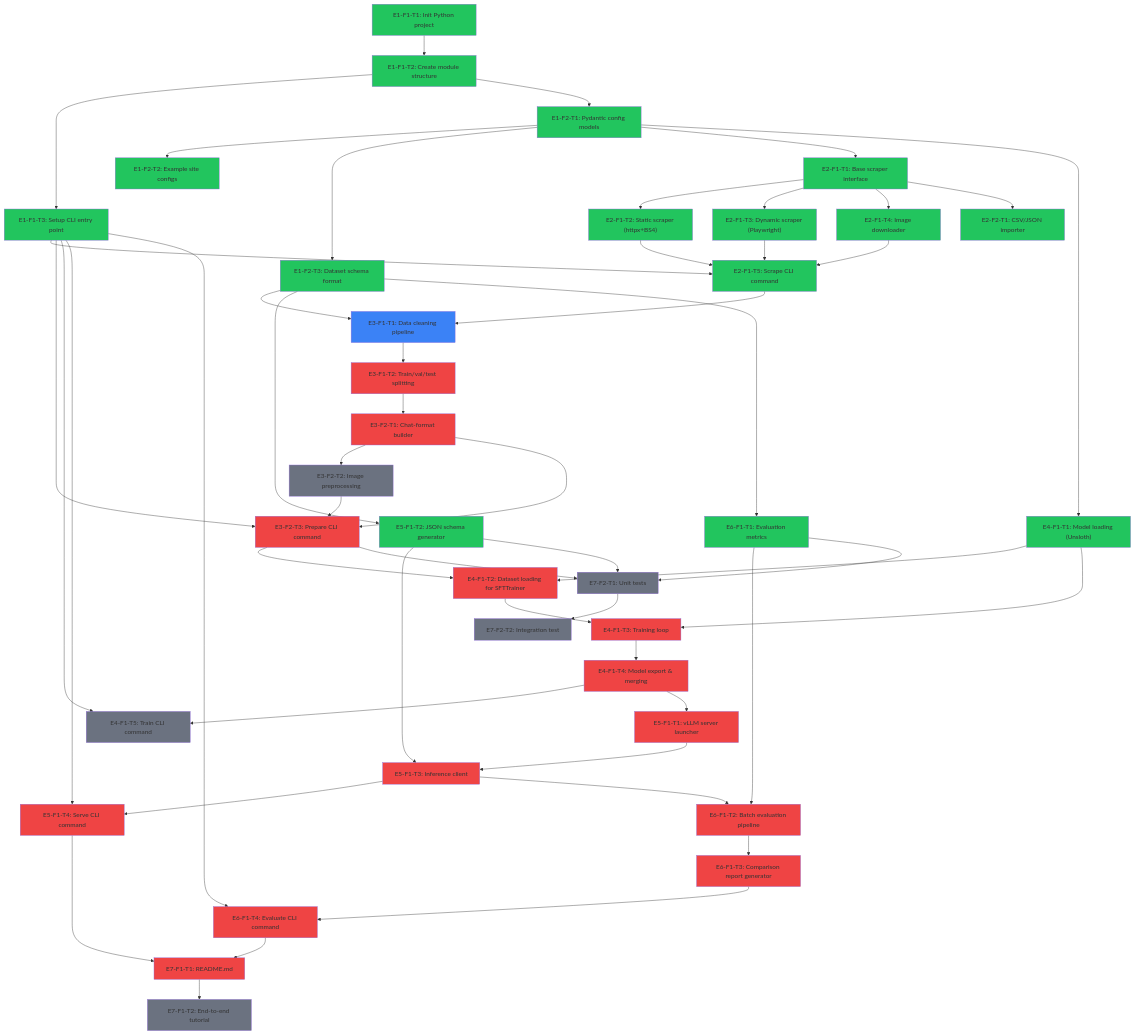
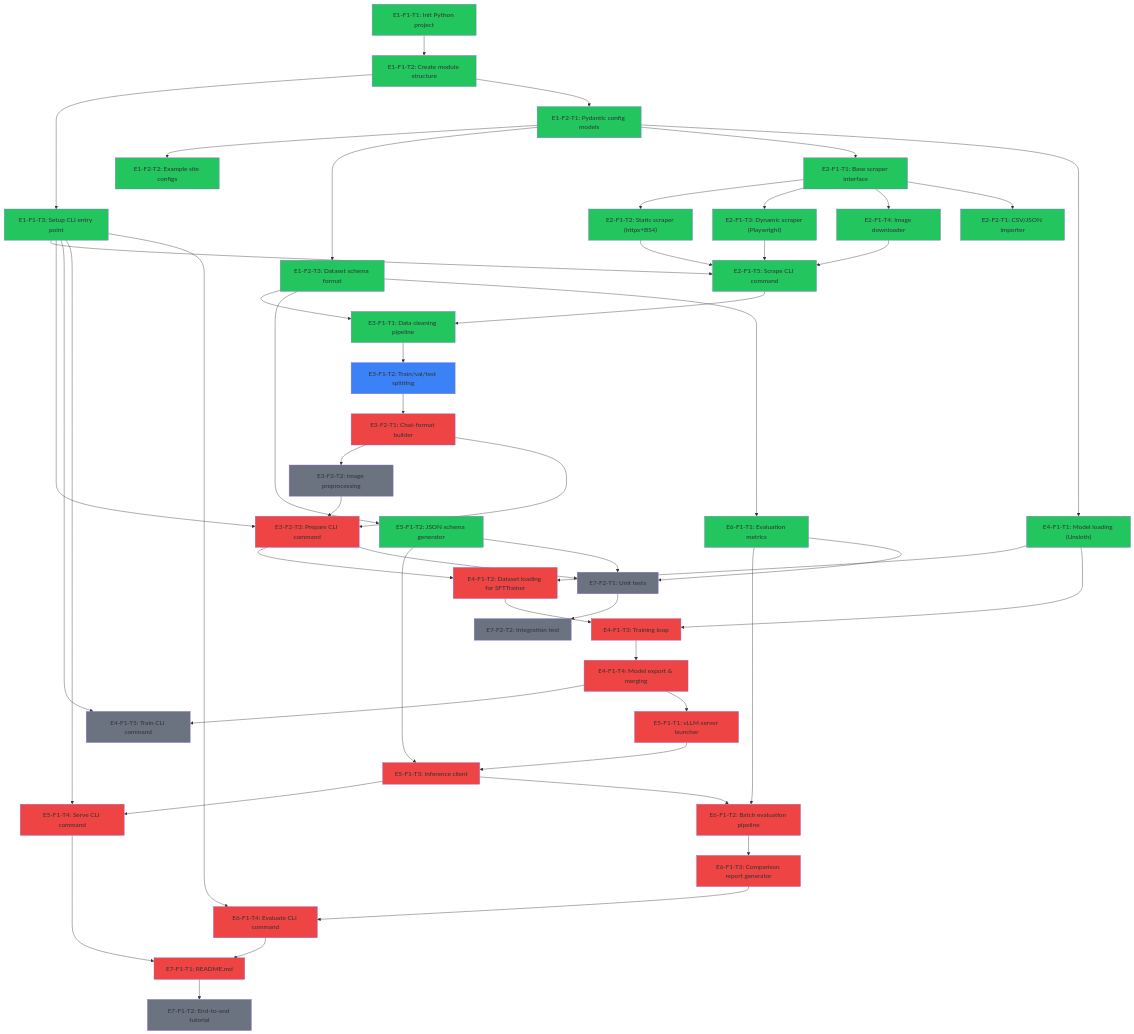
Before and after one commit to Vutiot/ArticleTagging: the diagram in ROADMAP.md, drawn with Mermaid. The commit also changed other lines of this file and 1 other file, not shown here.

Commit message:
E3-F1-T1: Implement data cleaning pipeline
- Normalize text (HTML entities, whitespace collapsing)
- Validate attributes against schema (required fields, enum values)
- Deduplicate by title+attributes hash
- Optionally filter rows missing images
- CleaningStats dataclass with per-reason drop counts
- load_raw_jsonl() helper for JSONL ingestion

```diff
--- a/ROADMAP.md
+++ b/ROADMAP.md
@@ -133,11 +133,12 @@
 
   style E2F1T5 fill:#22c55e
 
+  style E3F1T1 fill:#22c55e
+
   %% Ready (blue) — all blockers resolved
-  style E3F1T1 fill:#3b82f6
+  style E3F1T2 fill:#3b82f6
 
   %% Critical path remaining (red)
-  style E3F1T2 fill:#ef4444
   style E3F2T1 fill:#ef4444
   style E3F2T3 fill:#ef4444
   style E4F1T2 fill:#ef4444
```
